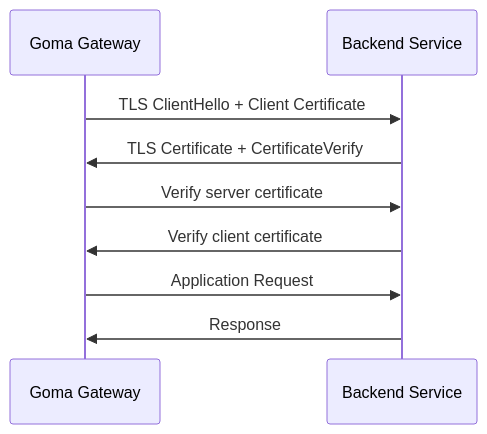
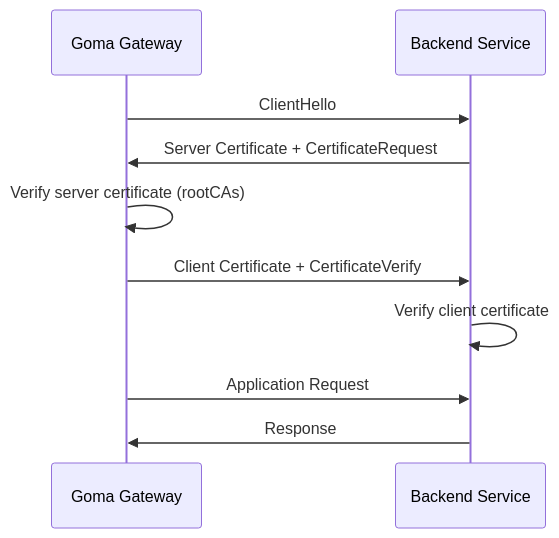
One commit to jkaninda/goma-gateway changed the first of 3 diagrams in docs/docs/usermanual/mtls.md. Above: the diagram before and after it, drawn with Mermaid. The commit also changed other lines of this file and 57 other files, not shown here.

````diff
--- a/docs/docs/usermanual/mtls.md
+++ b/docs/docs/usermanual/mtls.md
@@ -22,12 +22,13 @@
 ```mermaid
 sequenceDiagram
     participant Client as Goma Gateway
     participant Server as Backend Service
 
-    Client->>Server: TLS ClientHello + Client Certificate
-    Server->>Client: TLS Certificate + CertificateVerify
-    Client->>Server: Verify server certificate
-    Server->>Client: Verify client certificate
+    Client->>Server: ClientHello
+    Server->>Client: Server Certificate + CertificateRequest
+    Client->>Client: Verify server certificate (rootCAs)
+    Client->>Server: Client Certificate + CertificateVerify
+    Server->>Server: Verify client certificate
     Client->>Server: Application Request
     Server->>Client: Response
 ```
````
